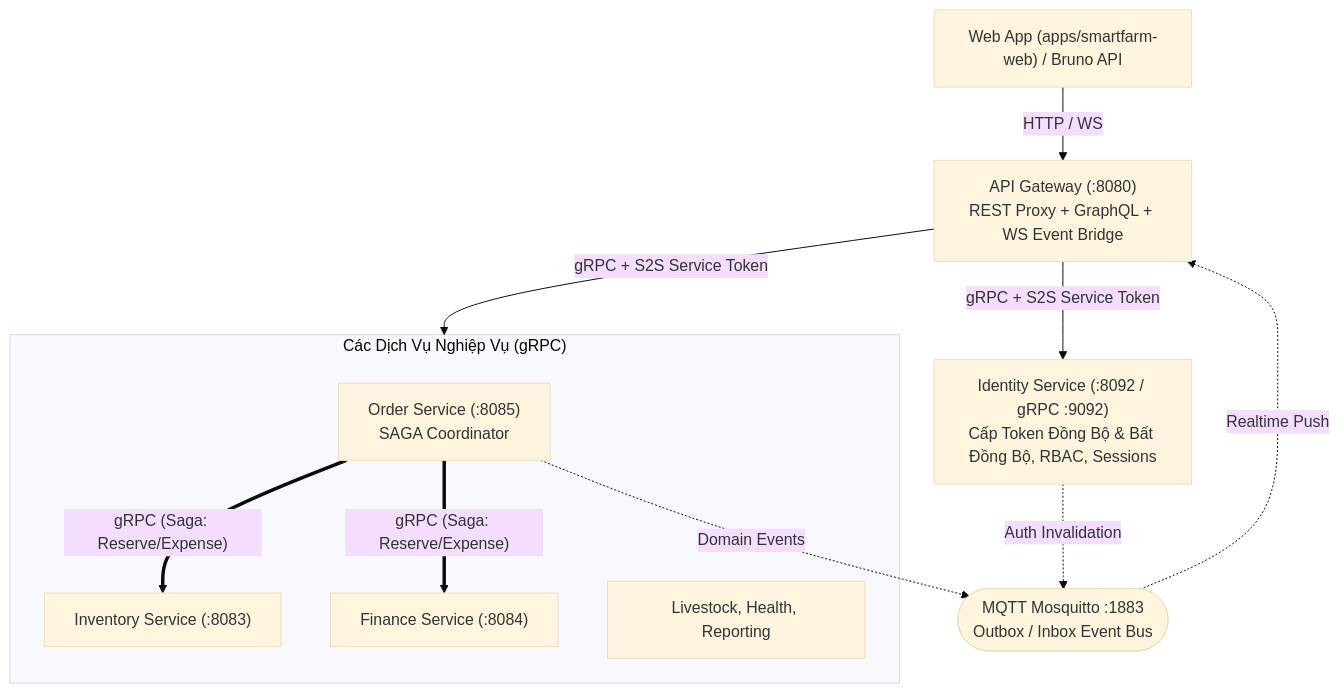
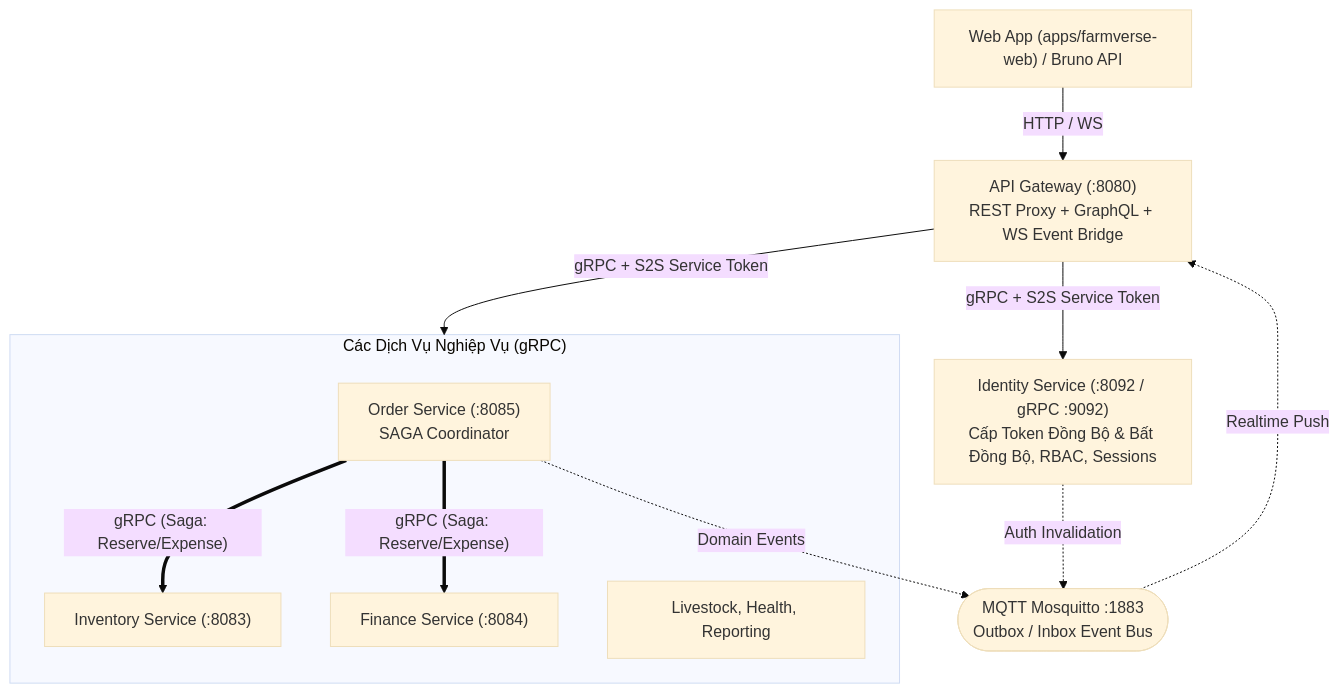
The diagram in README.md (hatrongvu13/smartfarm-platform-maven-starter), drawn with Mermaid (base theme) before and after one commit. The commit also changed other lines of this file and 1490 other files, not shown here.

````diff
--- a/README.md
+++ b/README.md
@@ -13,23 +13,23 @@
 ```mermaid
 flowchart TD
-    Client["Web App (apps/smartfarm-web) / Bruno API"]
+    Client["Web App (apps/farmverse-web) / Bruno API"]
     GW["API Gateway (:8080)\nREST Proxy + GraphQL + WS Event Bridge"]
     ID["Identity Service (:8092 / gRPC :9092)\nCấp Token Đồng Bộ & Bất Đồng Bộ, RBAC, Sessions"]
     
     subgraph Services["Các Dịch Vụ Nghiệp Vụ (gRPC)"]
         Order["Order Service (:8085)\nSAGA Coordinator"]
         Inv["Inventory Service (:8083)"]
         Fin["Finance Service (:8084)"]
         Others["Livestock, Health, Reporting"]
     end
 
     MQTT([MQTT Mosquitto :1883\nOutbox / Inbox Event Bus])
 
     Client -->|HTTP / WS| GW
     GW -->|"gRPC + S2S Service Token"| ID
     GW -->|"gRPC + S2S Service Token"| Services
     Order ==>|"gRPC (Saga: Reserve/Expense)"| Inv & Fin
     ID -.->|"Auth Invalidation"| MQTT
     Order -.->|"Domain Events"| MQTT
     MQTT -.->|"Realtime Push"| GW
 ```
````
